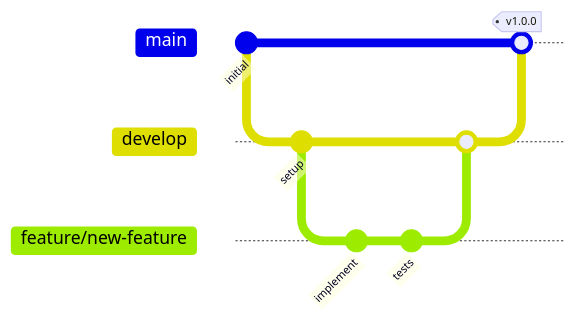
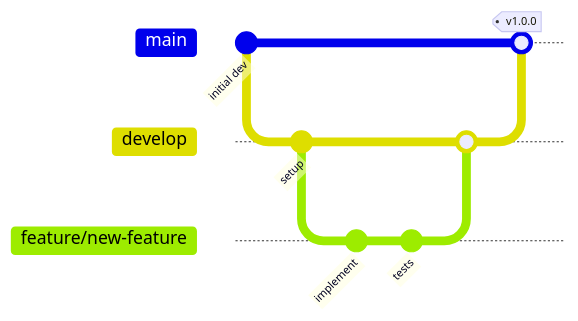
One commit to BernardinoR/Mastodonte-CRM changed the diagram in .context/docs/development-workflow.md. Above: the diagram before and after it, drawn with Mermaid. The commit also changed other lines of this file and 69 other files, not shown here.

````diff
--- a/.context/docs/development-workflow.md
+++ b/.context/docs/development-workflow.md
@@ -54,15 +69,15 @@
 ```mermaid
 gitGraph
-    commit id: "initial"
+    commit id: "initial dev"
     branch develop
     checkout develop
     commit id: "setup"
     branch feature/new-feature
     checkout feature/new-feature
     commit id: "implement"
     commit id: "tests"
     checkout develop
     merge feature/new-feature
     checkout main
     merge develop tag: "v1.0.0"
 ```
````
